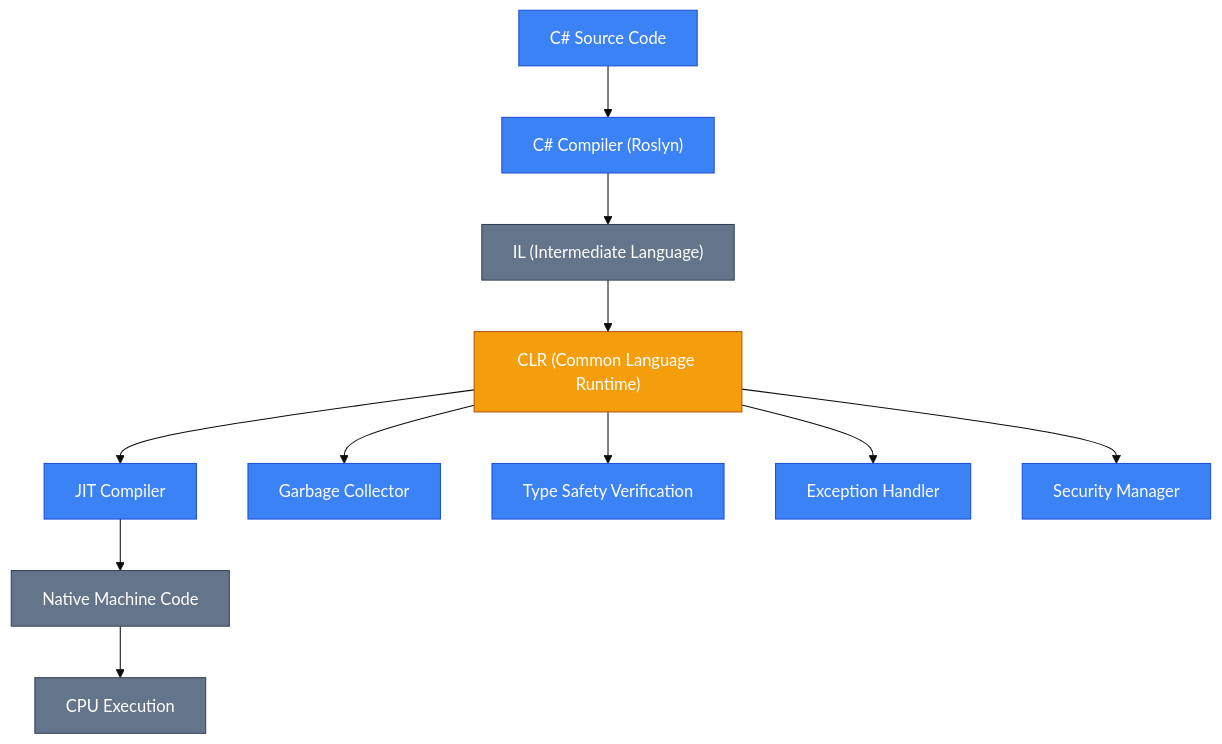
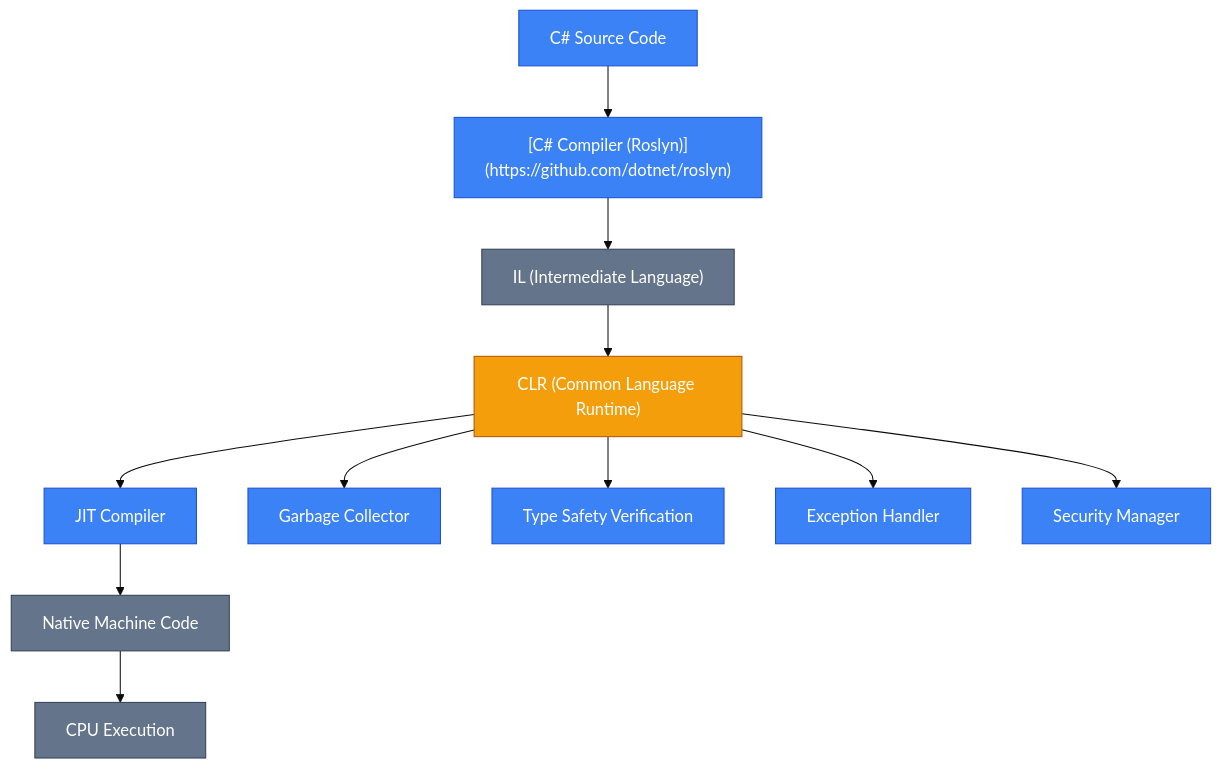
The second of 4 diagrams in content/1.csharp/1.fundamentals/1.introduction-to-ecosystem.md (arakviel/kostyl.dev), drawn with Mermaid (base theme) before and after one commit. The commit also changed other lines of this file and 57 other files, not shown here.

````diff
--- a/content/1.csharp/1.fundamentals/1.introduction-to-ecosystem.md
+++ b/content/1.csharp/1.fundamentals/1.introduction-to-ecosystem.md
@@ -124,30 +124,30 @@
 ```mermaid
 graph TD
 
     %% Компоненти компіляції
-    A["C# Source Code"] --> B["C# Compiler (Roslyn)"]
+    A["C# Source Code"] --> B["[C# Compiler (Roslyn)](https://github.com/dotnet/roslyn)"]
     B --> C["IL (Intermediate Language)"]
     C --> D["CLR (Common Language Runtime)"]
 
     %% Компоненти CLR
     D --> E["JIT Compiler"]
     D --> F["Garbage Collector"]
     D --> G["Type Safety Verification"]
     D --> H["Exception Handler"]
     D --> I["Security Manager"]
 
     E --> J["Native Machine Code"]
     J --> K["CPU Execution"]
 
     style A fill:#3b82f6,stroke:#1d4ed8,color:#ffffff
     style B fill:#3b82f6,stroke:#1d4ed8,color:#ffffff
     style C fill:#64748b,stroke:#334155,color:#ffffff
     style D fill:#f59e0b,stroke:#b45309,color:#ffffff
     style E fill:#3b82f6,stroke:#1d4ed8,color:#ffffff
     style F fill:#3b82f6,stroke:#1d4ed8,color:#ffffff
     style G fill:#3b82f6,stroke:#1d4ed8,color:#ffffff
     style H fill:#3b82f6,stroke:#1d4ed8,color:#ffffff
     style I fill:#3b82f6,stroke:#1d4ed8,color:#ffffff
     style J fill:#64748b,stroke:#334155,color:#ffffff
     style K fill:#64748b,stroke:#334155,color:#ffffff
 ```
````
